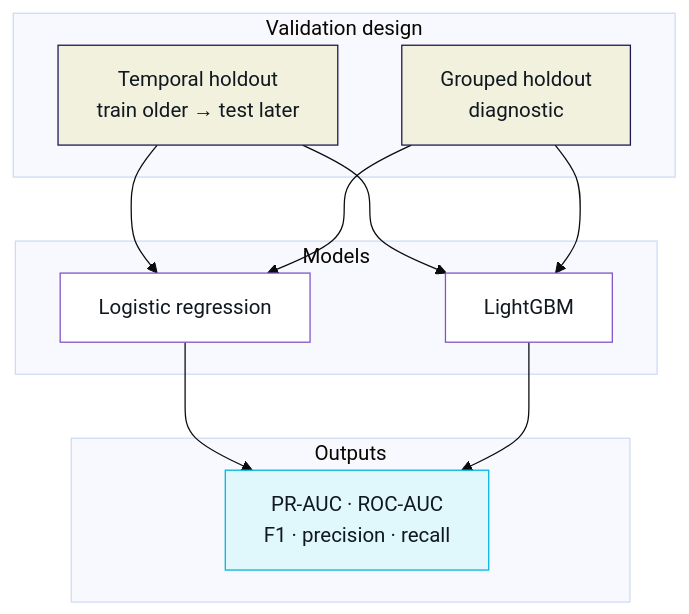
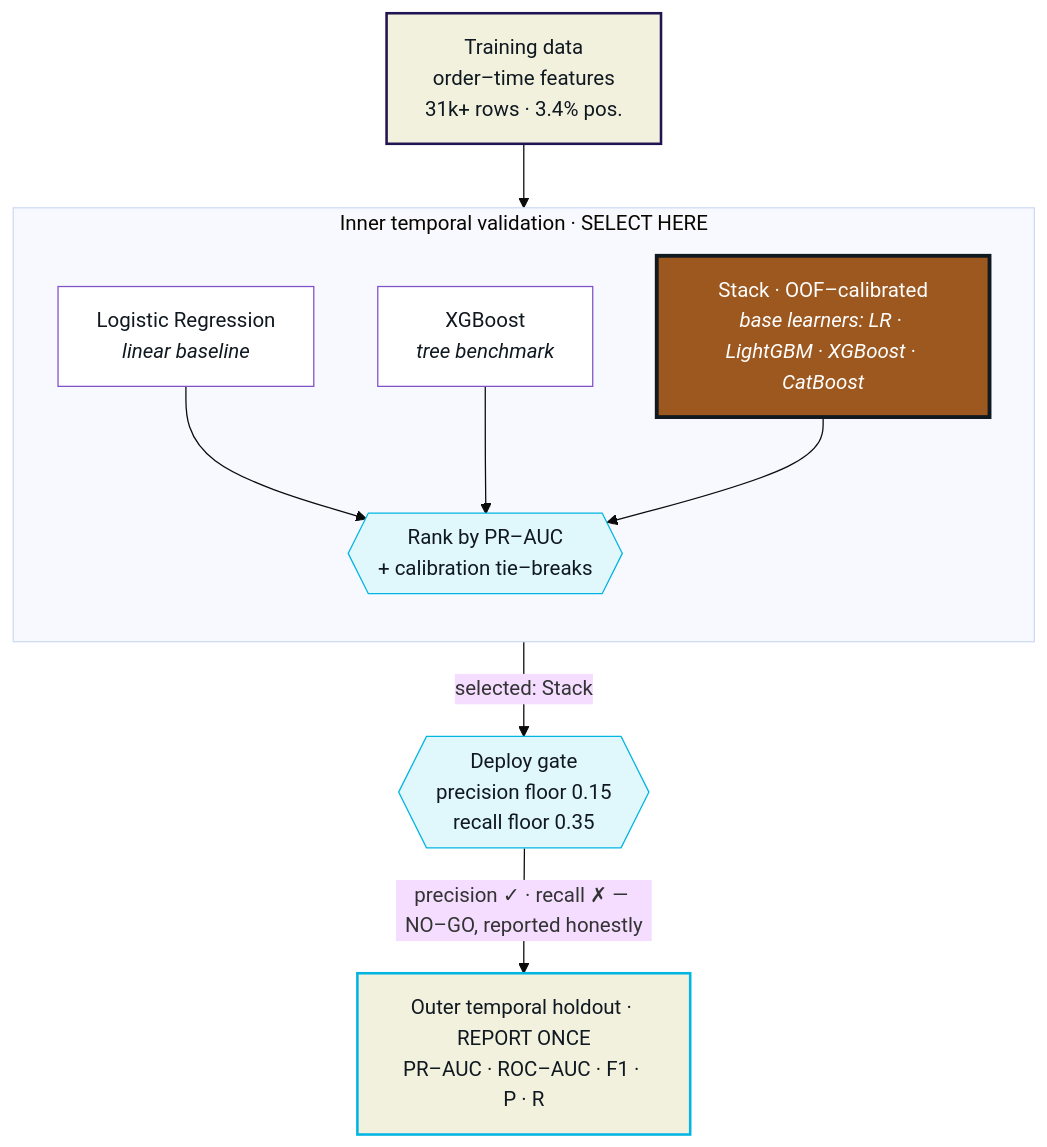
Before and after one commit to cruzaddy91/DATA-470_DSCapstone: the diagram in poster/diagrams/02_validation_and_models.mmd, drawn with Mermaid. The commit also changed 21 other files, not shown here.

```diff
--- a/poster/diagrams/02_validation_and_models.mmd
+++ b/poster/diagrams/02_validation_and_models.mmd
@@ -1,32 +1,37 @@
 %% Capstone poster — panel 2 (Westminster brand)
+%% Honest selection-process flow: Train → Inner temporal val (SELECT) → Deploy gate (reported honestly) → Outer holdout (REPORT ONCE)
 %%{init: {'theme': 'base', 'flowchart': {'htmlLabels': true}}}%%
 
 flowchart TB
-  subgraph V["Validation design"]
-    T[Temporal holdout<br/>train older → test later]
-    G[Grouped holdout<br/>diagnostic]
+  DATA["Training data<br/>order–time features<br/>31k+ rows · 3.4% pos."]
+
+  subgraph INNER["Inner temporal validation · SELECT HERE"]
+    direction TB
+    LR["Logistic Regression<br/><i>linear baseline</i>"]
+    XGB["XGBoost<br/><i>tree benchmark</i>"]
+    STACK["Stack · OOF–calibrated<br/><i>base learners: LR · LightGBM · XGBoost · CatBoost</i>"]
+    RANK{{"Rank by PR–AUC<br/>+ calibration tie–breaks"}}
+    LR --> RANK
+    XGB --> RANK
+    STACK --> RANK
   end
 
-  subgraph M["Models"]
-    LR[Logistic regression]
-    LGB[LightGBM]
-  end
+  GATE{{"Deploy gate<br/>precision floor 0.15<br/>recall floor 0.35"}}
+  HOLDOUT["Outer temporal holdout · REPORT ONCE<br/>PR–AUC · ROC–AUC · F1 · P · R"]
 
-  subgraph O["Outputs"]
-    MET[PR-AUC · ROC-AUC<br/>F1 · precision · recall]
-  end
+  DATA --> INNER
+  RANK -->|"selected: Stack"| GATE
+  GATE -->|"precision ✓ · recall ✗ — NO–GO, reported honestly"| HOLDOUT
 
-  T --> LR
-  T --> LGB
-  G --> LR
-  G --> LGB
-  LR --> MET
-  LGB --> MET
+  %% Westminster brand: Night #211551, Copper #9D581F, Thistle #8252C7, Sky #00B5E2, Birch #F1F1DE, Flint #101820, Snow #FFFFFF
+  classDef src fill:#F1F1DE,stroke:#211551,color:#101820,stroke-width:2px
+  classDef cand fill:#FFFFFF,stroke:#8252C7,color:#101820
+  classDef winner fill:#9D581F,stroke:#101820,color:#FFFFFF,stroke-width:3px
+  classDef decision fill:#E0F7FC,stroke:#00B5E2,color:#101820
+  classDef report fill:#F1F1DE,stroke:#00B5E2,color:#101820,stroke-width:2px
 
-  classDef pipeline fill:#F1F1DE,stroke:#211551,color:#101820
-  classDef process fill:#FFFFFF,stroke:#8252C7,color:#101820
-  classDef reporting fill:#E0F7FC,stroke:#00B5E2,color:#101820
-
-  class T,G pipeline
-  class LR,LGB process
-  class MET reporting
+  class DATA src
+  class LR,XGB cand
+  class STACK winner
+  class RANK,GATE decision
+  class HOLDOUT report
```
